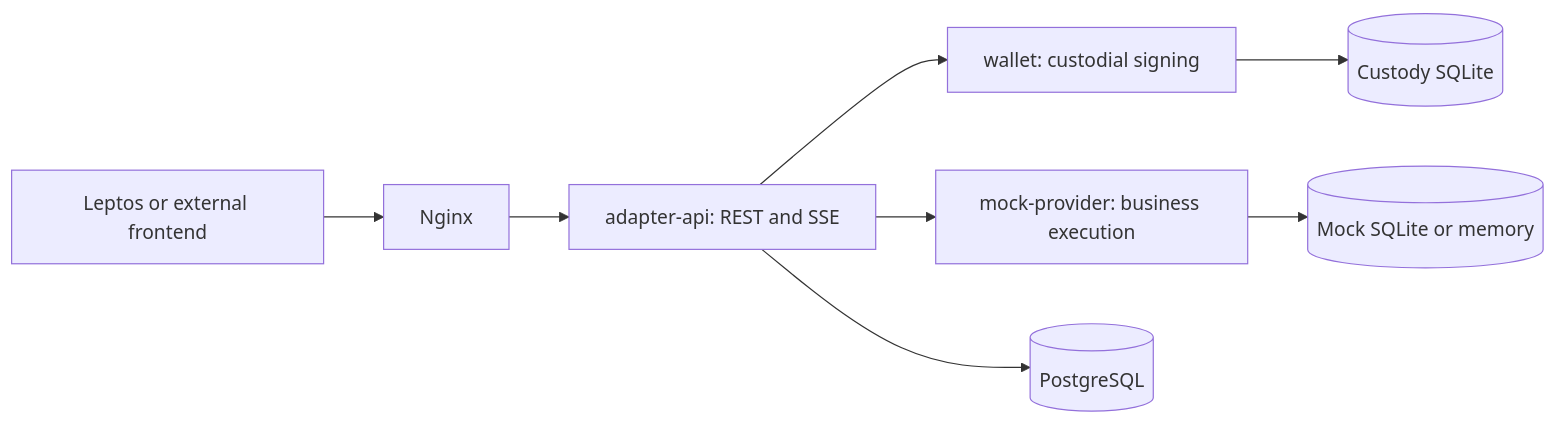
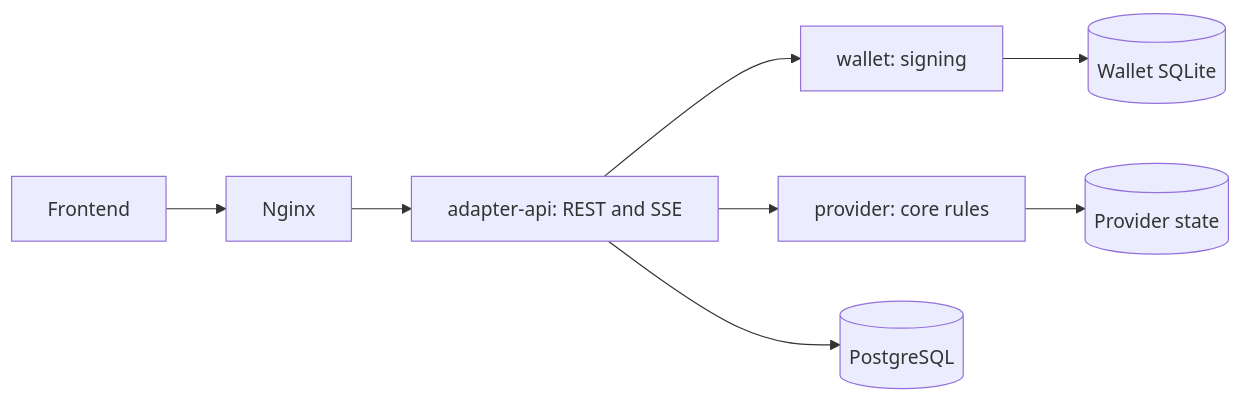
The diagram in README.md (abako-project/backend-v2), drawn with Mermaid before and after one commit. The commit also changed other lines of this file and 151 other files, not shown here.

````diff
--- a/README.md
+++ b/README.md
@@ -25,10 +28,10 @@
 ```mermaid
 flowchart LR
-    Browser[Leptos or external frontend] --> Gateway[Nginx]
+    Browser[Frontend] --> Gateway[Nginx]
     Gateway --> Adapter[adapter-api: REST and SSE]
-    Adapter --> Wallet[wallet: custodial signing]
-    Adapter --> Mock[mock-provider: business execution]
+    Adapter --> Wallet[wallet: signing]
+    Adapter --> Provider[provider: core rules]
     Adapter --> PG[(PostgreSQL)]
-    Wallet --> Keys[(Custody SQLite)]
-    Mock --> State[(Mock SQLite or memory)]
+    Wallet --> Keys[(Wallet SQLite)]
+    Provider --> State[(Provider state)]
 ```
````
